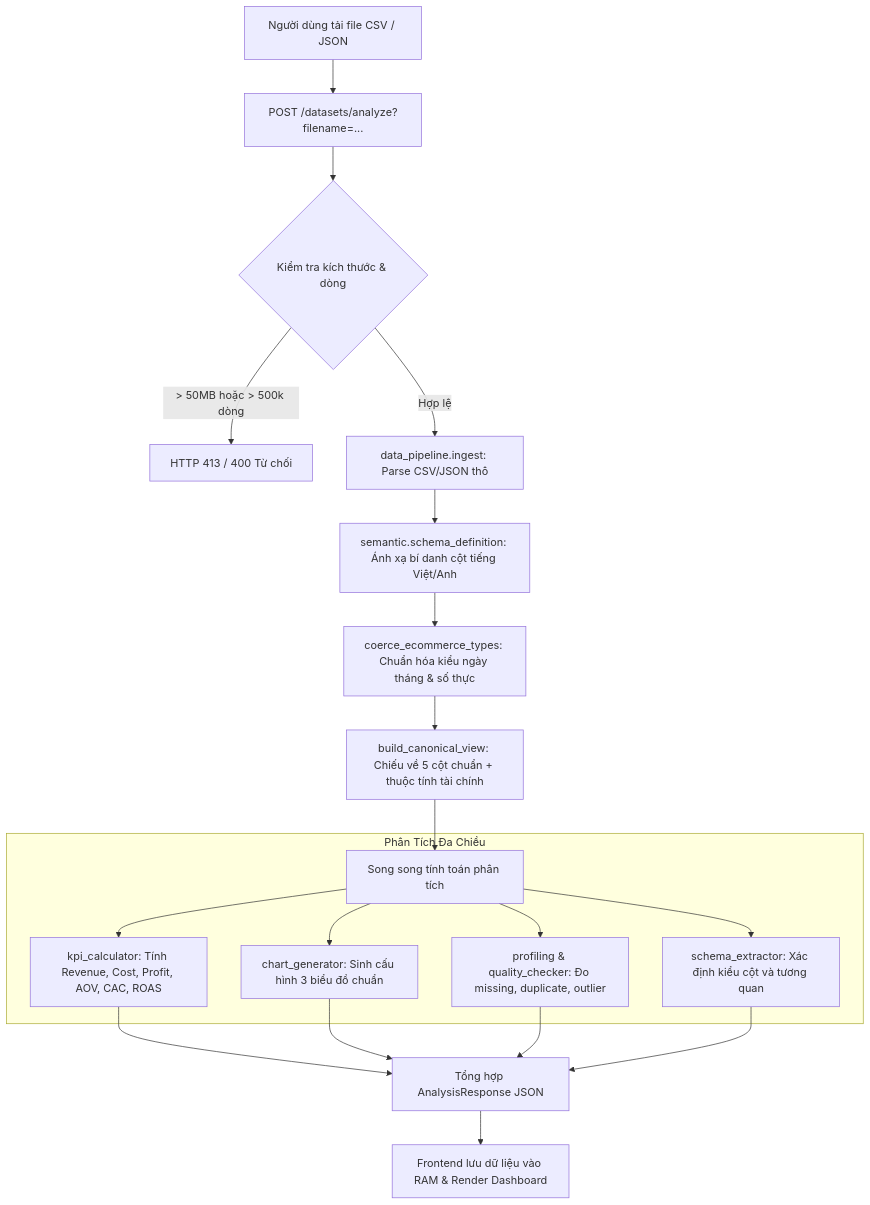
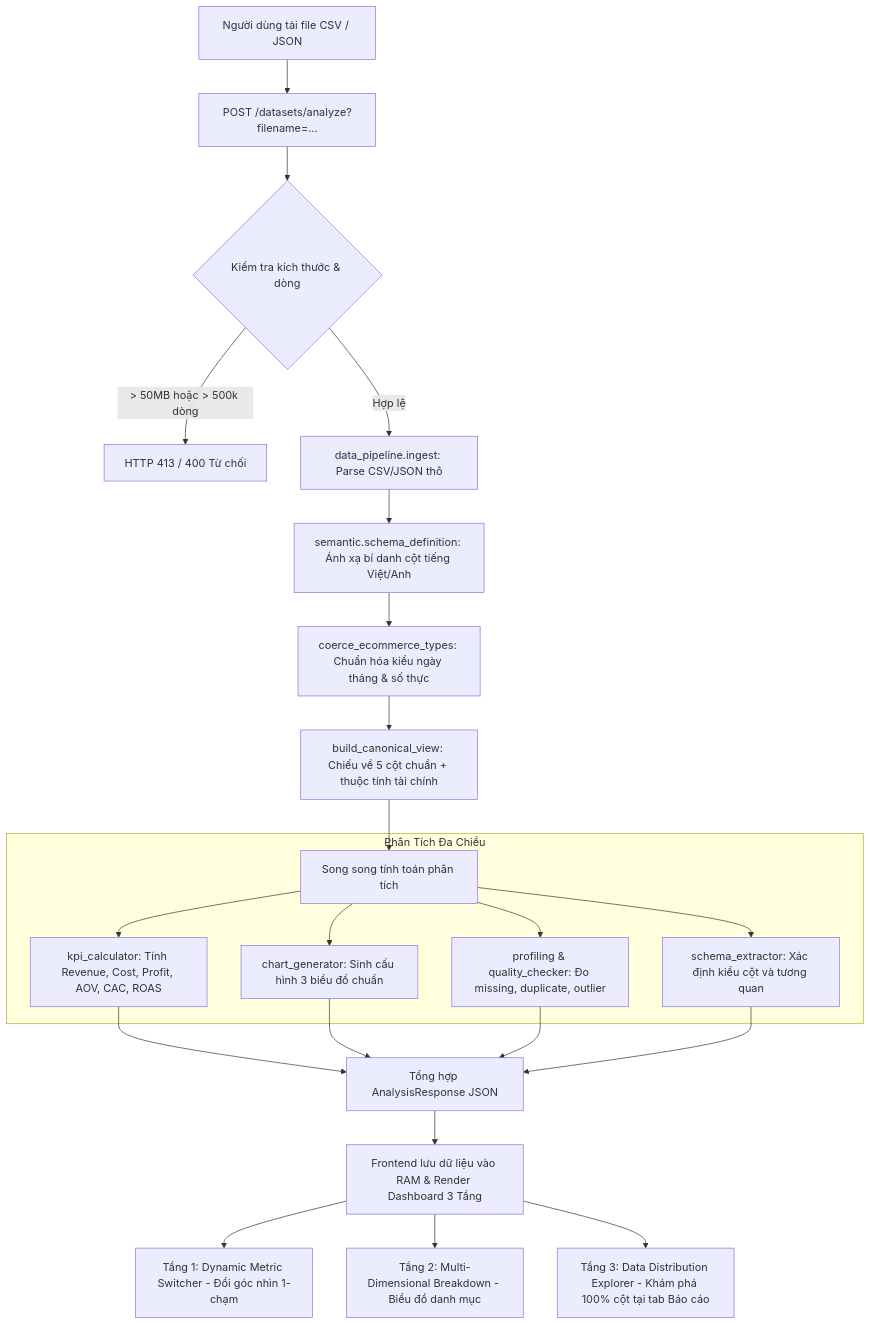
One commit to NguyenNgoc-AI/AI_BI_DASHBOARD_V1 changed the fourth of 5 diagrams in docs/ARCHITECTURE.md. Above: the diagram before and after it, drawn with Mermaid. The commit also changed other lines of this file and 4 other files, not shown here.

Commit message:
docs: add DESIGN.md, sync ADR-10/11, and standardize architecture status

````diff
--- a/docs/ARCHITECTURE.md
+++ b/docs/ARCHITECTURE.md
@@ -201,24 +201,27 @@
 ```mermaid
 flowchart TD
     A[Người dùng tải file CSV / JSON] --> B[POST /datasets/analyze?filename=...]
     B --> C{Kiểm tra kích thước & dòng}
     C -->|> 50MB hoặc > 500k dòng| D[HTTP 413 / 400 Từ chối]
     C -->|Hợp lệ| E[data_pipeline.ingest: Parse CSV/JSON thô]
     E --> F[semantic.schema_definition: Ánh xạ bí danh cột tiếng Việt/Anh]
     F --> G[coerce_ecommerce_types: Chuẩn hóa kiểu ngày tháng & số thực]
     G --> H[build_canonical_view: Chiếu về 5 cột chuẩn + thuộc tính tài chính]
     H --> I[Song song tính toán phân tích]
     
     subgraph Analytics["Phân Tích Đa Chiều"]
         I --> J[kpi_calculator: Tính Revenue, Cost, Profit, AOV, CAC, ROAS]
         I --> K[chart_generator: Sinh cấu hình 3 biểu đồ chuẩn]
         I --> L[profiling & quality_checker: Đo missing, duplicate, outlier]
         I --> M[schema_extractor: Xác định kiểu cột và tương quan]
     end
 
     J --> N[Tổng hợp AnalysisResponse JSON]
     K --> N
     L --> N
     M --> N
-    N --> O[Frontend lưu dữ liệu vào RAM & Render Dashboard]
+    N --> O[Frontend lưu dữ liệu vào RAM & Render Dashboard 3 Tầng]
+    O --> O1[Tầng 1: Dynamic Metric Switcher - Đổi góc nhìn 1-chạm]
+    O --> O2[Tầng 2: Multi-Dimensional Breakdown - Biểu đồ danh mục]
+    O --> O3[Tầng 3: Data Distribution Explorer - Khám phá 100% cột tại tab Báo cáo]
 ```
````
